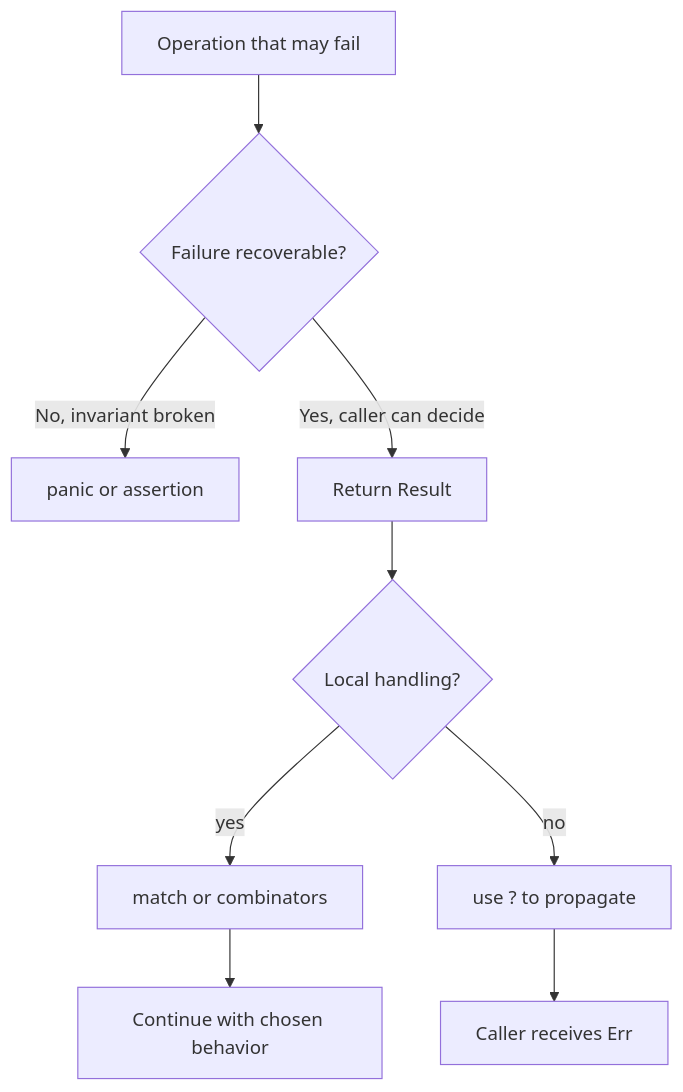
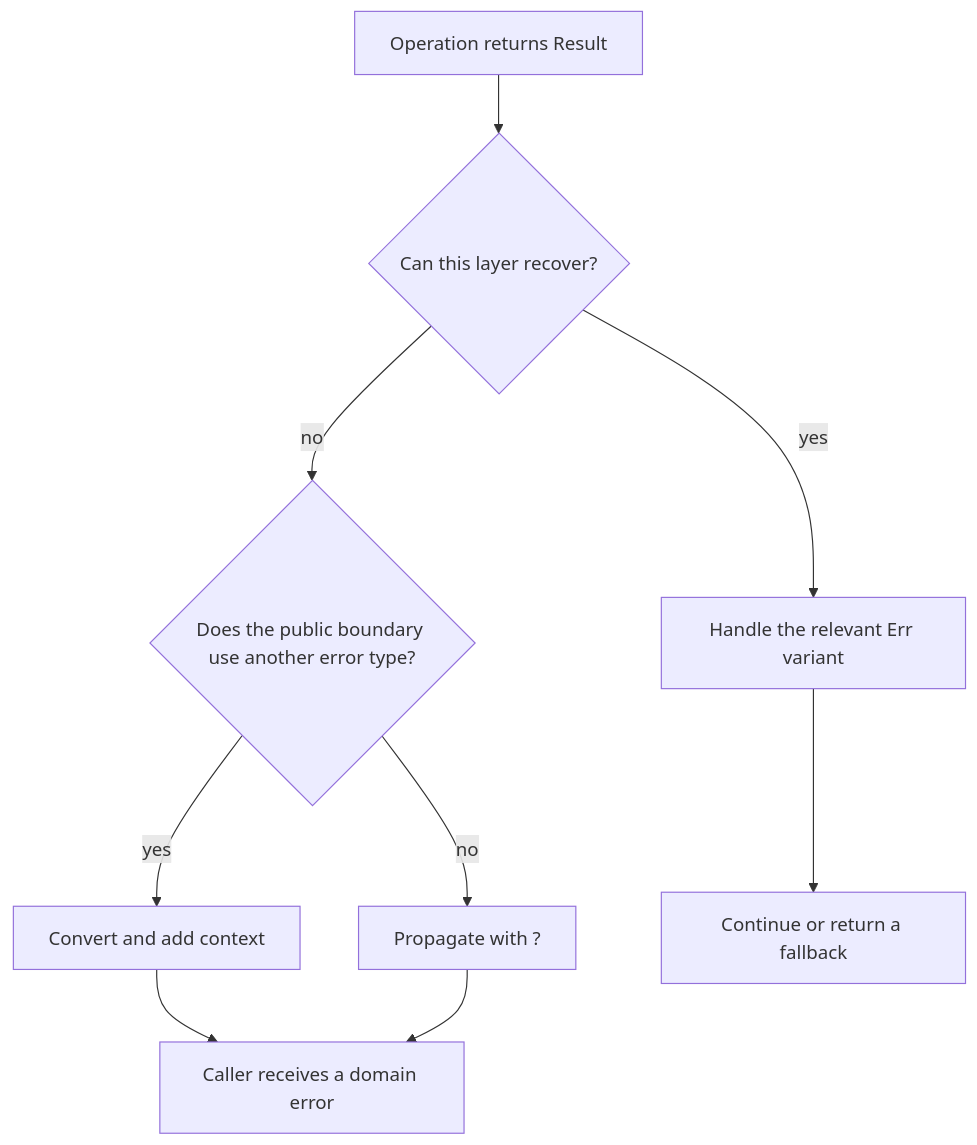
Before and after one commit to justinbrianhwang/SJ-wiki: the diagram in docs/cs/programming/rust/error-handling.md, drawn with Mermaid. The commit also changed other lines of this file and 955 other files, not shown here.

````diff
--- a/docs/cs/programming/rust/error-handling.md
+++ b/docs/cs/programming/rust/error-handling.md
@@ -65,11 +14,11 @@
 ```mermaid
 flowchart TD
-  A[Operation that may fail] --> B{"Failure recoverable?"}
-  B -->|"No, invariant broken"| C[panic or assertion]
-  B -->|"Yes, caller can decide"| D[Return Result]
-  D --> E{"Local handling?"}
-  E -->|yes| F[match or combinators]
-  E -->|no| G["use ? to propagate"]
-  G --> H[Caller receives Err]
-  F --> I[Continue with chosen behavior]
+  A["Operation returns Result<T, E>"] --> B{"Can this layer recover?"}
+  B -->|yes| C["Handle the relevant Err variant"]
+  B -->|no| D{"Does the public boundary use another error type?"}
+  D -->|yes| E["Convert and add context"]
+  D -->|no| F["Propagate with ?"]
+  C --> G["Continue or return a fallback"]
+  E --> H["Caller receives a domain error"]
+  F --> H
 ```
````
